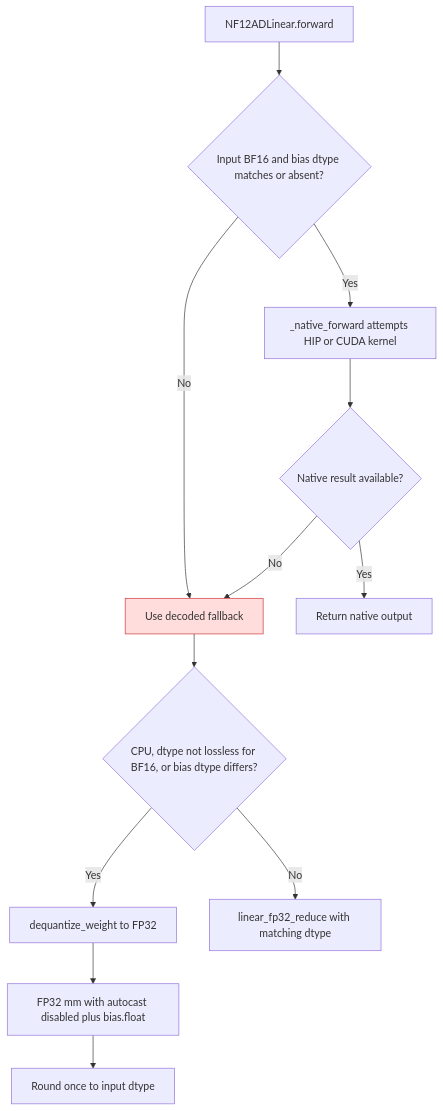
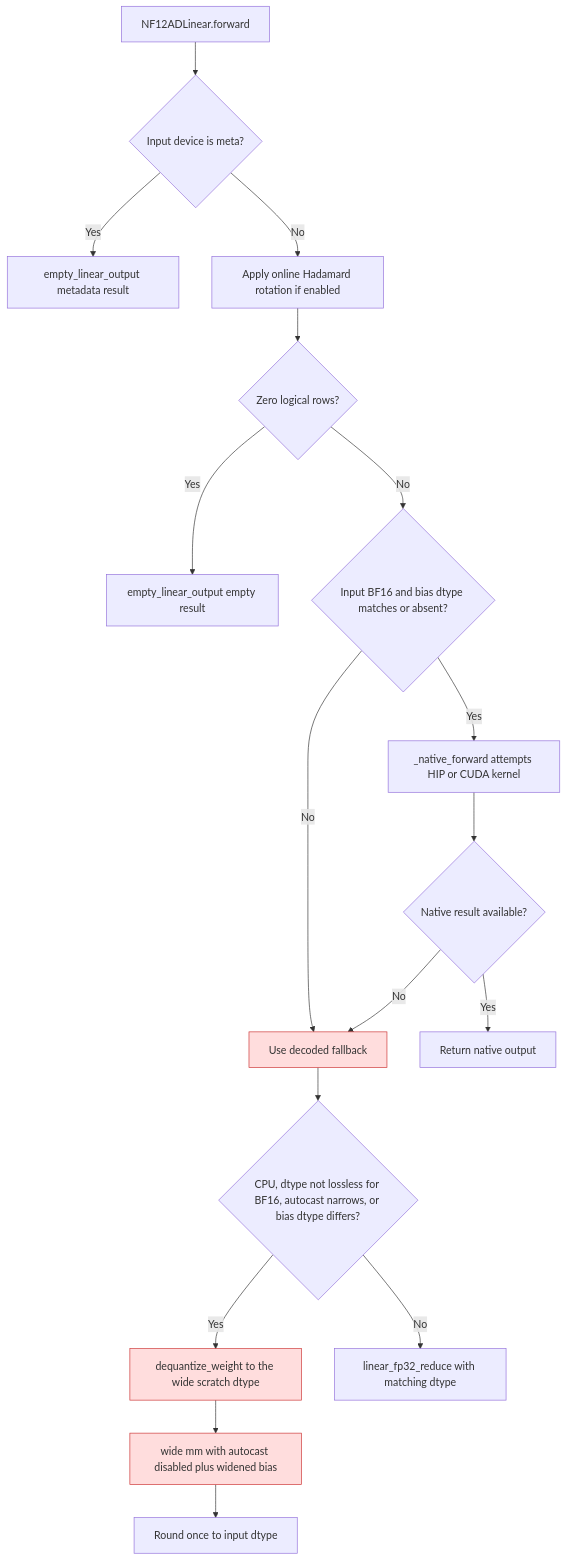
Before and after one commit to ModelCloud/GPTQModel: the diagram in docs/nf12-bias-epilogue.md, drawn with Mermaid. The commit also changed other lines of this file and 4 other files, not shown here.

First line of the commit message:
fix(nf12): cover empty paths, float64 bias and unknown autocast backends

````diff
--- a/docs/nf12-bias-epilogue.md
+++ b/docs/nf12-bias-epilogue.md
@@ -19,16 +19,21 @@
 ```mermaid
 flowchart TD
-    A["NF12ADLinear.forward"] --> B{"Input BF16 and bias dtype matches or absent?"}
+    A["NF12ADLinear.forward"] --> M{"Input device is meta?"}
+    M -- Yes --> M1["empty_linear_output metadata result"]
+    M -- No --> R["Apply online Hadamard rotation if enabled"]
+    R --> Z{"Zero logical rows?"}
+    Z -- Yes --> Z1["empty_linear_output empty result"]
+    Z -- No --> B{"Input BF16 and bias dtype matches or absent?"}
     B -- Yes --> C["_native_forward attempts HIP or CUDA kernel"]
     B -- No --> D["Use decoded fallback"]
     C --> E{"Native result available?"}
     E -- Yes --> F["Return native output"]
     E -- No --> D
-    D --> G{"CPU, dtype not lossless for BF16, or bias dtype differs?"}
-    G -- Yes --> H["dequantize_weight to FP32"]
-    H --> I["FP32 mm with autocast disabled plus bias.float"]
+    D --> G{"CPU, dtype not lossless for BF16, autocast narrows, or bias dtype differs?"}
+    G -- Yes --> H["dequantize_weight to the wide scratch dtype"]
+    H --> I["wide mm with autocast disabled plus widened bias"]
     I --> J["Round once to input dtype"]
     G -- No --> K["linear_fp32_reduce with matching dtype"]
-    classDef fallback fill:#fdd,stroke:#c33
-    class D fallback
+    classDef fail fill:#fdd,stroke:#c33
+    class D,H,I fail
 ```
````
